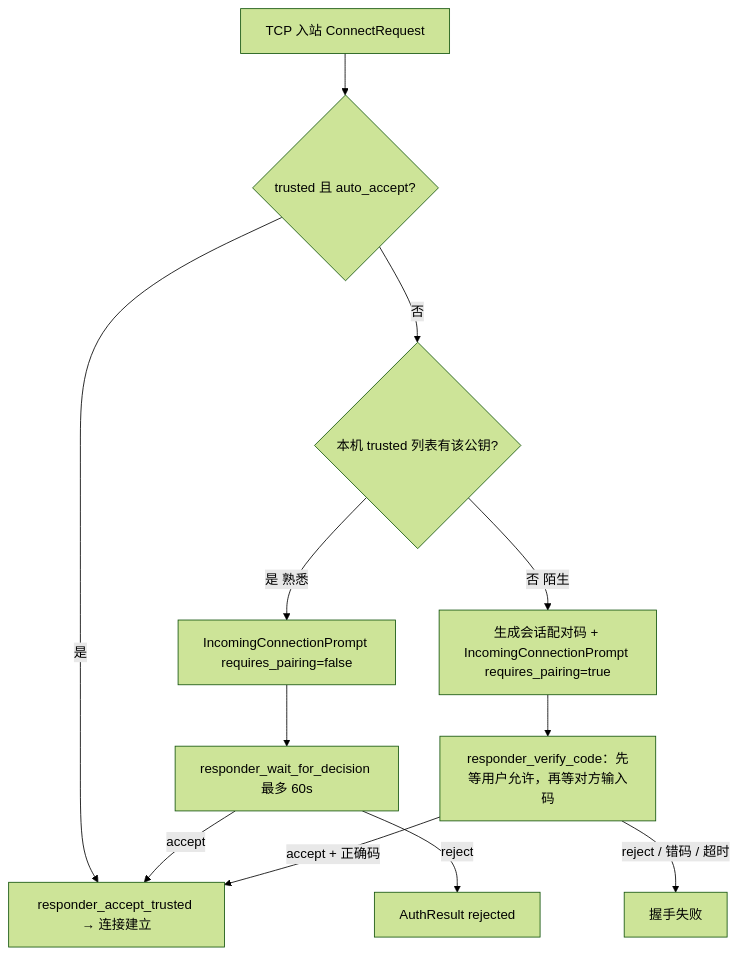
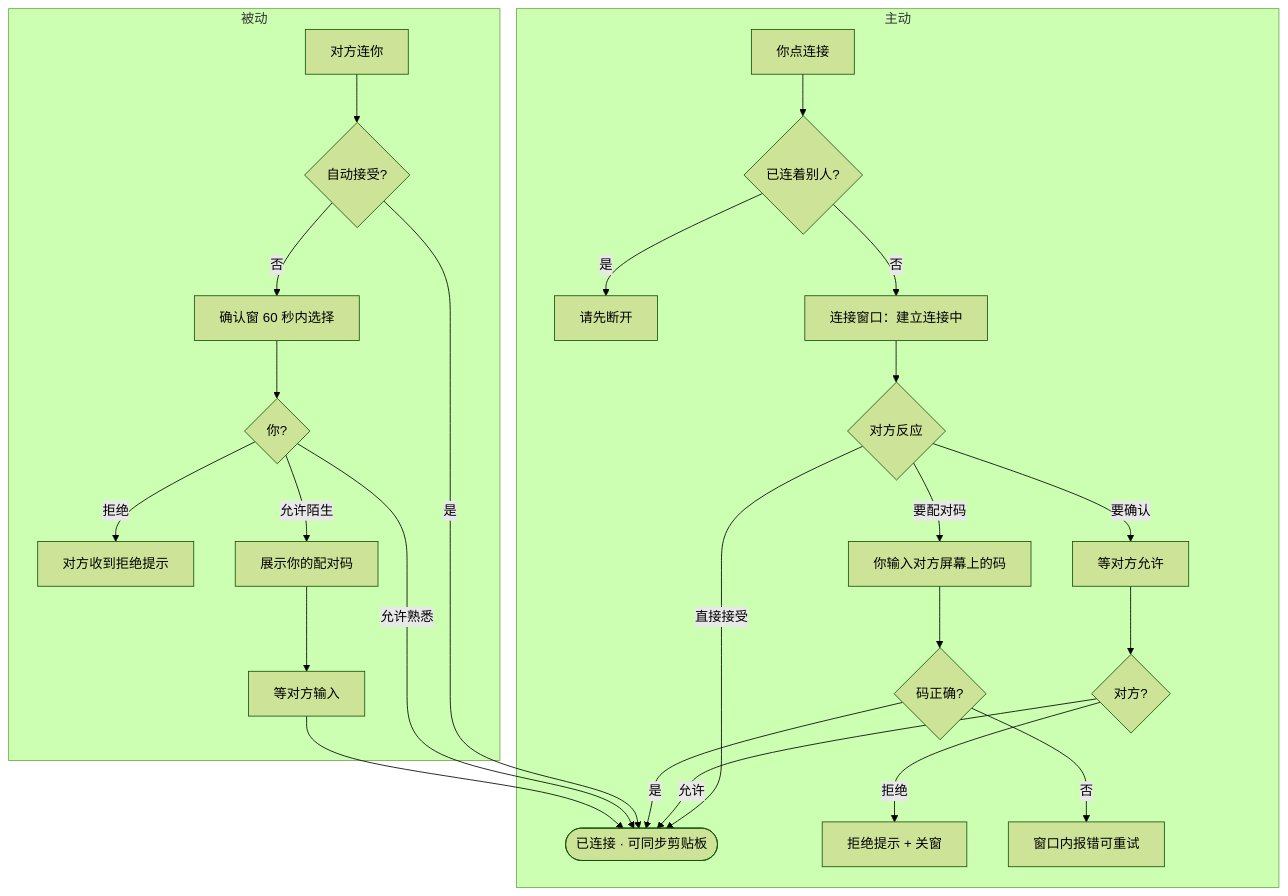
One commit to planarcat/planarclip changed the fifth of 5 diagrams in CONNECTION.md. Above: the diagram before and after it, drawn with Mermaid (forest theme). The commit also changed other lines of this file, not shown here.

````diff
--- a/CONNECTION.md
+++ b/CONNECTION.md
@@ -233,15 +358,32 @@
 ```mermaid
-flowchart TD
-  IN[TCP 入站 ConnectRequest]
-  IN --> AC{trusted 且 auto_accept?}
-  AC -->|是| OK[responder_accept_trusted → 连接建立]
-  AC -->|否| FM{本机 trusted 列表有该公钥?}
-  FM -->|是 熟悉| CF[IncomingConnectionPrompt requires_pairing=false]
-  FM -->|否 陌生| ST[生成会话配对码 + IncomingConnectionPrompt requires_pairing=true]
-  CF --> WAIT1[responder_wait_for_decision 最多 60s]
-  ST --> WAIT2[responder_verify_code：先等用户允许，再等对方输入码]
-  WAIT1 -->|accept| OK
-  WAIT1 -->|reject| REJ[AuthResult rejected]
-  WAIT2 -->|accept + 正确码| OK
-  WAIT2 -->|reject / 错码 / 超时| FAIL[握手失败]
+flowchart TB
+  subgraph 主动
+    A1[你点连接] --> A2{已连着别人?}
+    A2 -->|是| AX[请先断开]
+    A2 -->|否| A3[连接窗口：建立连接中]
+    A3 --> A4{对方反应}
+    A4 -->|直接接受| OK
+    A4 -->|要确认| A5[等对方允许]
+    A4 -->|要配对码| A6[你输入对方屏幕上的码]
+    A5 --> A4b{对方?}
+    A4b -->|允许| OK
+    A4b -->|拒绝| FAIL1[拒绝提示 + 关窗]
+    A6 --> A7{码正确?}
+    A7 -->|是| OK
+    A7 -->|否| A8[窗口内报错可重试]
+  end
+
+  subgraph 被动
+    B1[对方连你] --> B2{自动接受?}
+    B2 -->|是| OK
+    B2 -->|否| B3[确认窗 60 秒内选择]
+    B3 --> B4{你?}
+    B4 -->|拒绝| FAIL2[对方收到拒绝提示]
+    B4 -->|允许熟悉| OK
+    B4 -->|允许陌生| B5[展示你的配对码]
+    B5 --> B6[等对方输入]
+    B6 --> OK
+  end
+
+  OK([已连接 · 可同步剪贴板])
 ```
````
